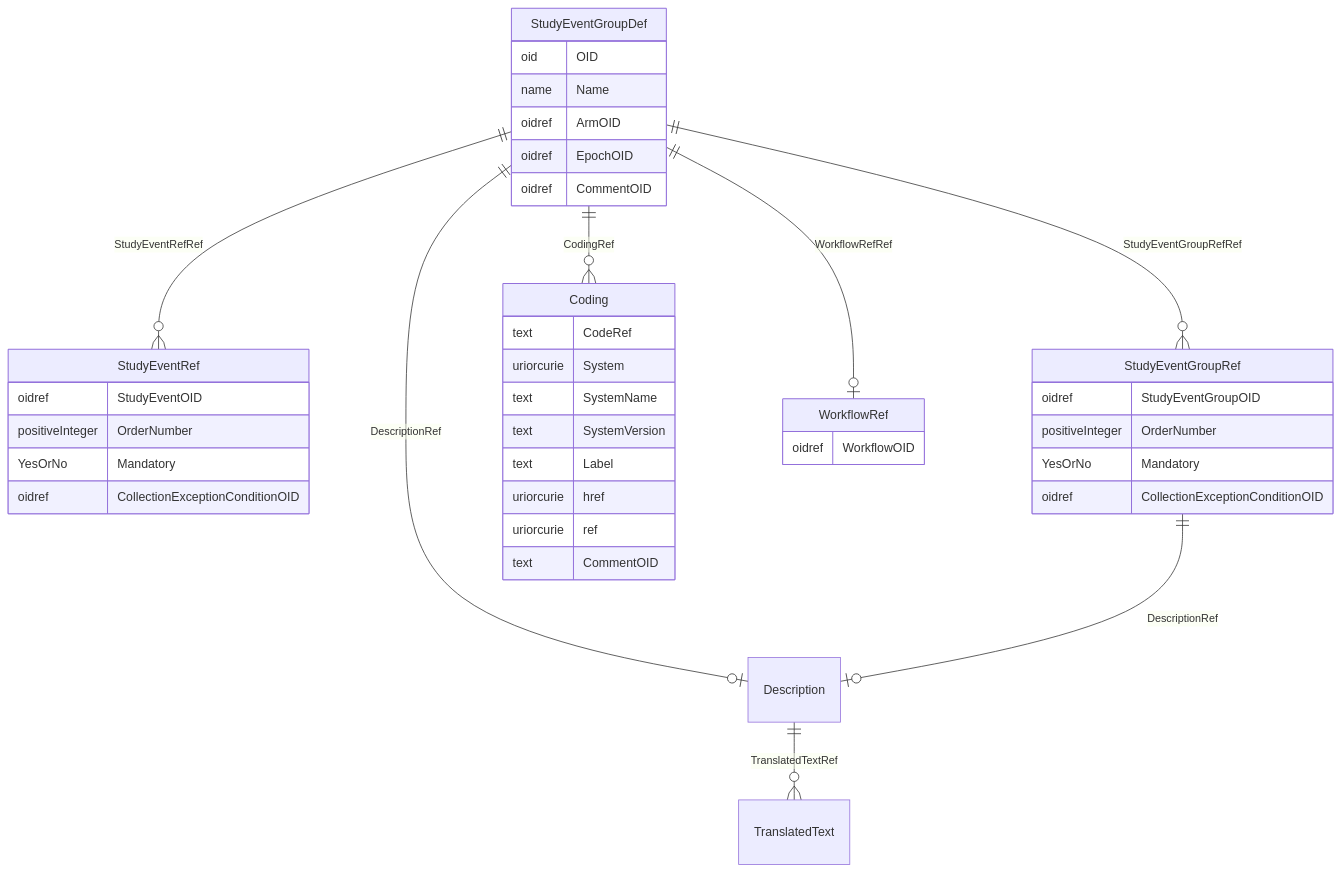
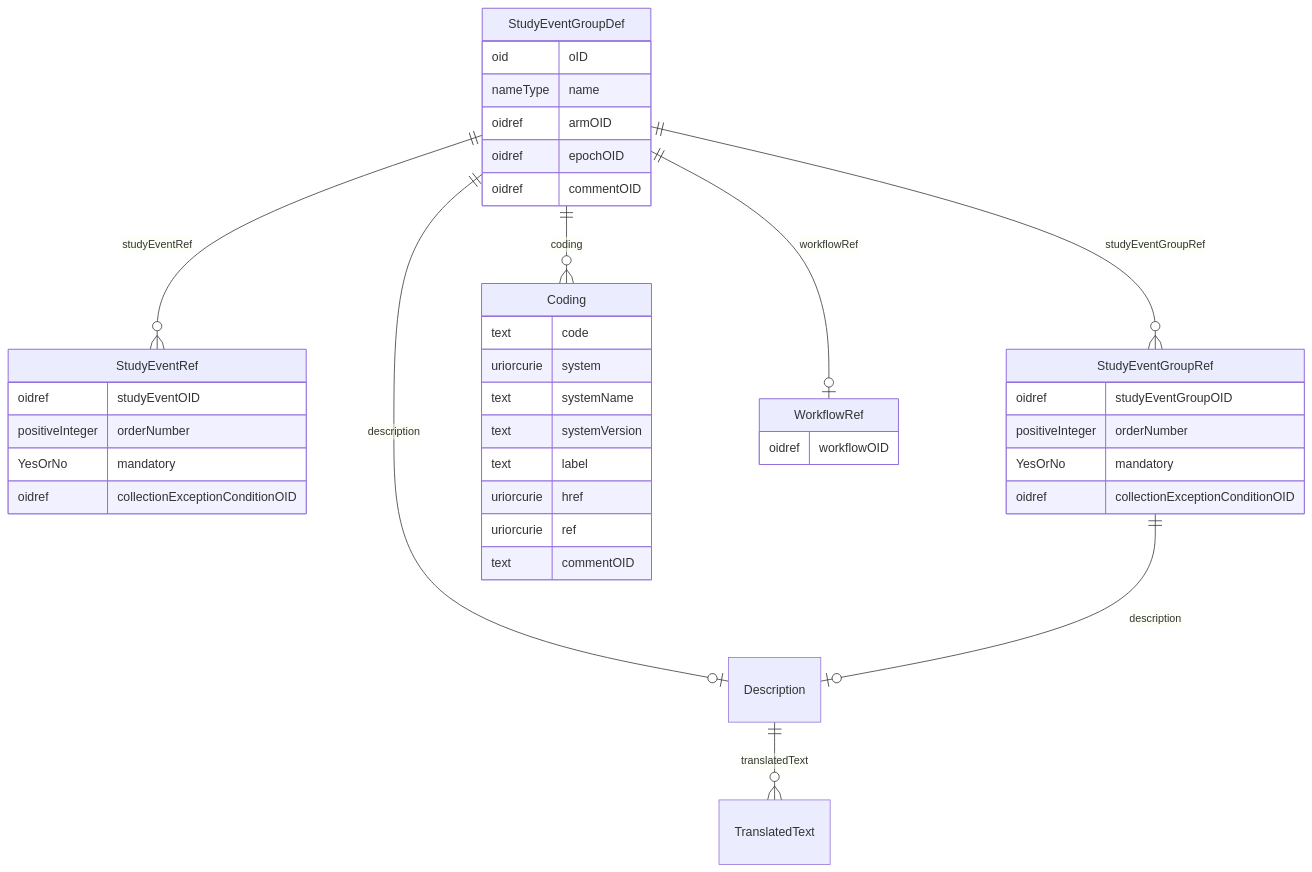
One commit to cdisc-org/DataExchange-ODM-LinkML changed the diagram in docs/StudyEventGroupDef.md. Above: the diagram before and after it, drawn with Mermaid. The commit also changed other lines of this file and 759 other files, not shown here.

````diff
--- a/docs/StudyEventGroupDef.md
+++ b/docs/StudyEventGroupDef.md
@@ -11,47 +11,47 @@
 ```mermaid
 erDiagram
 StudyEventGroupDef {
-    oid OID  
-    name Name  
-    oidref ArmOID  
-    oidref EpochOID  
-    oidref CommentOID  
+    oid oID  
+    nameType name  
+    oidref armOID  
+    oidref epochOID  
+    oidref commentOID  
 }
 StudyEventRef {
-    oidref StudyEventOID  
-    positiveInteger OrderNumber  
-    YesOrNo Mandatory  
-    oidref CollectionExceptionConditionOID  
+    oidref studyEventOID  
+    positiveInteger orderNumber  
+    YesOrNo mandatory  
+    oidref collectionExceptionConditionOID  
 }
 StudyEventGroupRef {
-    oidref StudyEventGroupOID  
-    positiveInteger OrderNumber  
-    YesOrNo Mandatory  
-    oidref CollectionExceptionConditionOID  
+    oidref studyEventGroupOID  
+    positiveInteger orderNumber  
+    YesOrNo mandatory  
+    oidref collectionExceptionConditionOID  
 }
 Description {
 
 }
 Coding {
-    text CodeRef  
-    uriorcurie System  
-    text SystemName  
-    text SystemVersion  
-    text Label  
+    text code  
+    uriorcurie system  
+    text systemName  
+    text systemVersion  
+    text label  
     uriorcurie href  
     uriorcurie ref  
-    text CommentOID  
+    text commentOID  
 }
 WorkflowRef {
-    oidref WorkflowOID  
+    oidref workflowOID  
 }
 
-StudyEventGroupDef ||--|o Description : "DescriptionRef"
-StudyEventGroupDef ||--|o WorkflowRef : "WorkflowRefRef"
-StudyEventGroupDef ||--}o Coding : "CodingRef"
-StudyEventGroupDef ||--}o StudyEventGroupRef : "StudyEventGroupRefRef"
-StudyEventGroupDef ||--}o StudyEventRef : "StudyEventRefRef"
-StudyEventGroupRef ||--|o Description : "DescriptionRef"
-Description ||--}o TranslatedText : "TranslatedTextRef"
+StudyEventGroupDef ||--|o Description : "description"
+StudyEventGroupDef ||--|o WorkflowRef : "workflowRef"
+StudyEventGroupDef ||--}o Coding : "coding"
+StudyEventGroupDef ||--}o StudyEventGroupRef : "studyEventGroupRef"
+StudyEventGroupDef ||--}o StudyEventRef : "studyEventRef"
+StudyEventGroupRef ||--|o Description : "description"
+Description ||--}o TranslatedText : "translatedText"
 
 ```
````
